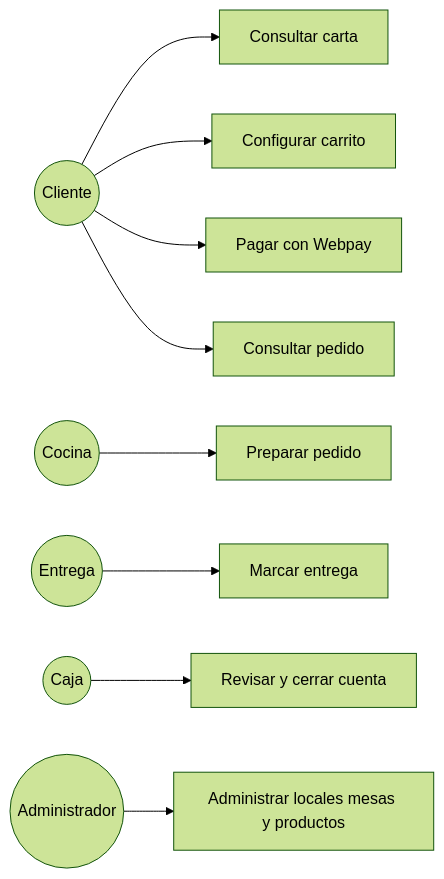
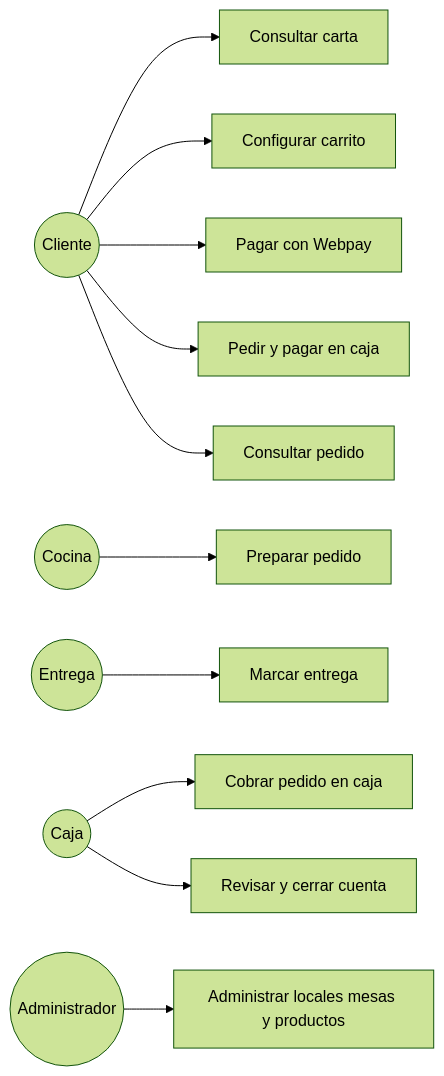
One commit to GianCabana/Capstone_006D_GianCabana_SebastianDelgado changed the first of 5 diagrams in Fase 2/Evidencias Grupales/Documentacion/03_DIAGRAMAS_UML.md. Above: the diagram before and after it, drawn with Mermaid (forest theme). The commit also changed other lines of this file and 13 other files, not shown here.

````diff
--- a/Fase 2/Evidencias Grupales/Documentacion/03_DIAGRAMAS_UML.md
+++ b/Fase 2/Evidencias Grupales/Documentacion/03_DIAGRAMAS_UML.md
@@ -5,11 +5,13 @@
 ```mermaid
 flowchart LR
     Cliente((Cliente)) --> UC1[Consultar carta]
     Cliente --> UC2[Configurar carrito]
     Cliente --> UC3[Pagar con Webpay]
+    Cliente --> UC9[Pedir y pagar en caja]
     Cliente --> UC4[Consultar pedido]
     Cocina((Cocina)) --> UC5[Preparar pedido]
     Entrega((Entrega)) --> UC6[Marcar entrega]
-    Caja((Caja)) --> UC7[Revisar y cerrar cuenta]
+    Caja((Caja)) --> UC10[Cobrar pedido en caja]
+    Caja --> UC7[Revisar y cerrar cuenta]
     Admin((Administrador)) --> UC8[Administrar locales mesas y productos]
 ```
````
